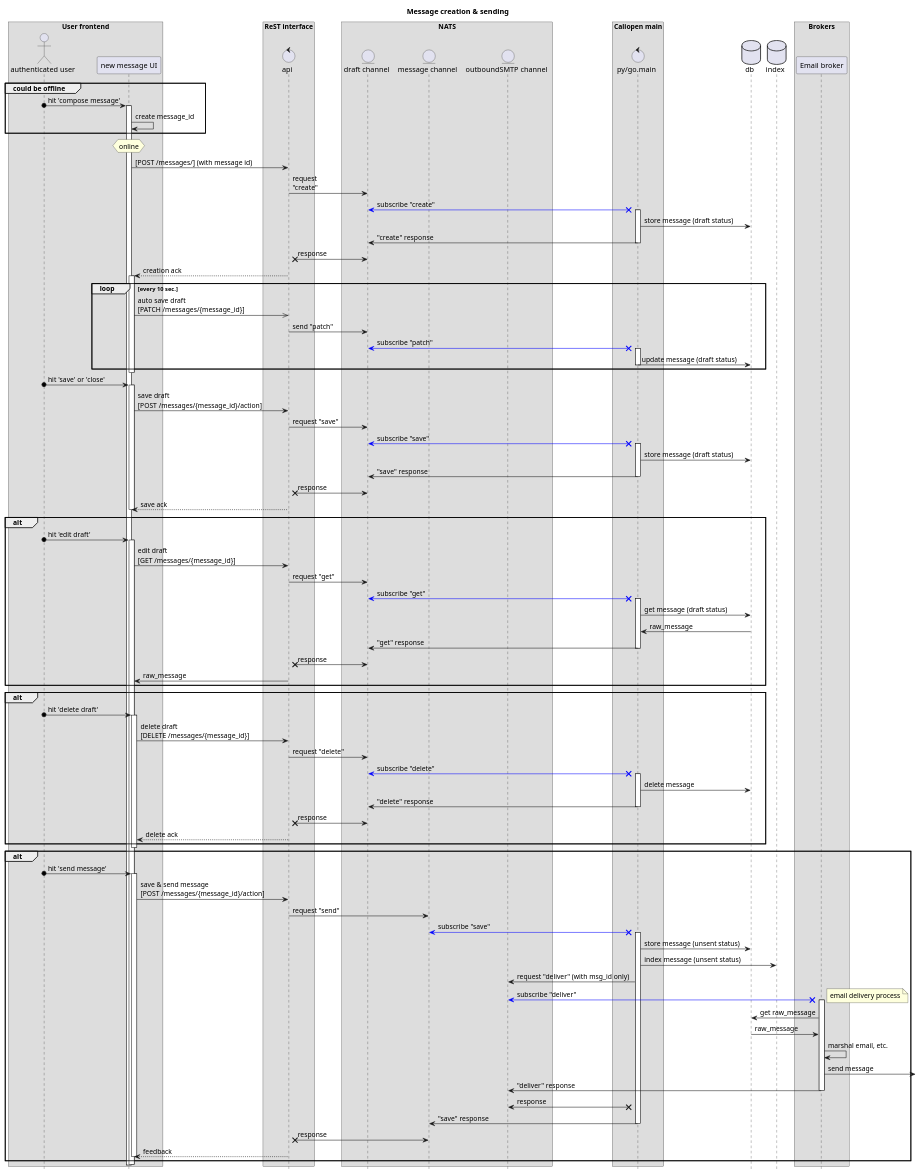
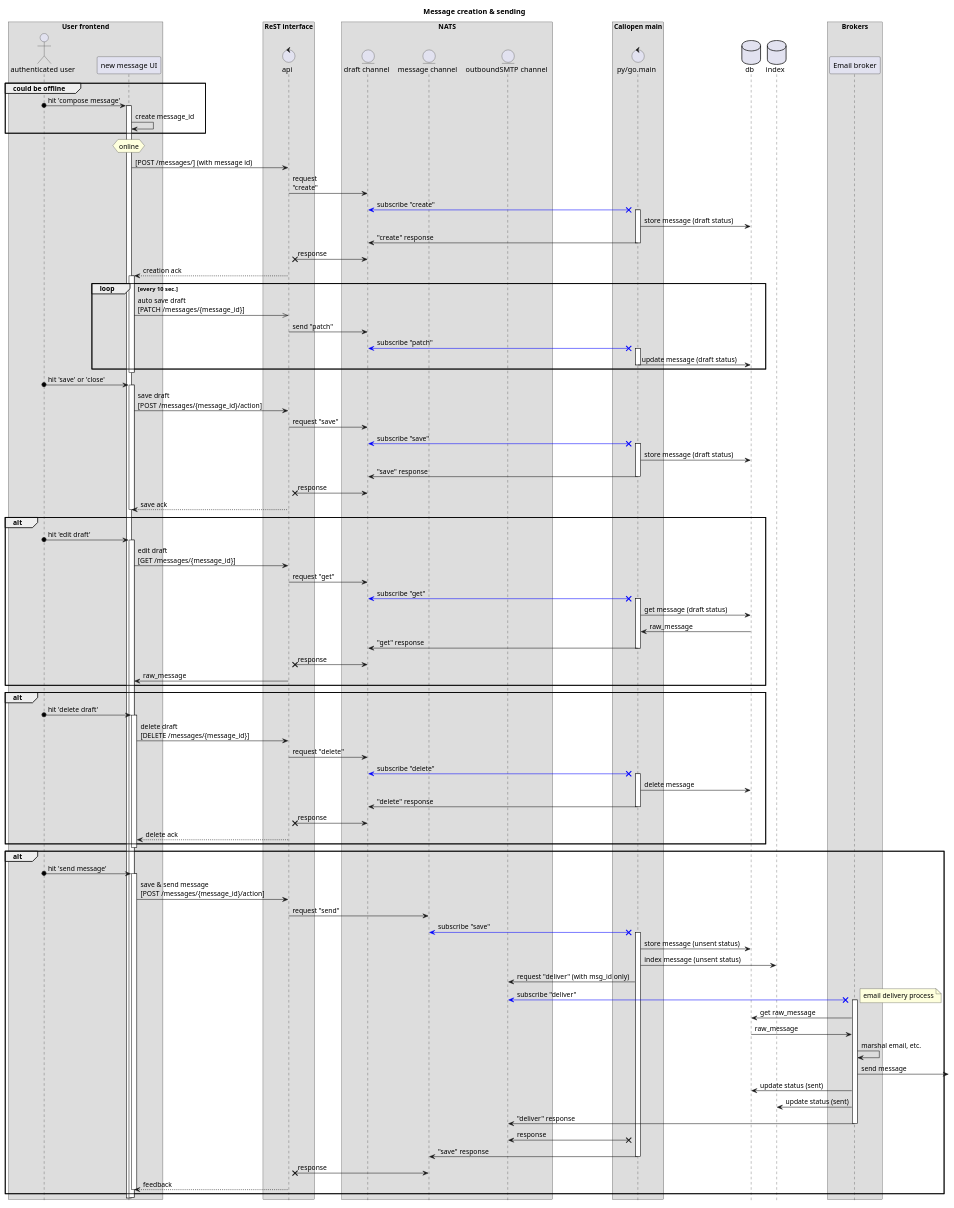
The diagram in doc/UML/message-create-save-send.puml (oricis/Caliopen), drawn with PlantUML before and after one commit. The commit also changed 35 other files, not shown here.

```diff
--- a/doc/UML/message-create-save-send.puml
+++ b/doc/UML/message-create-save-send.puml
@@ -1,116 +1,118 @@
 @startuml
 hide footbox
 title Message creation & sending
 box "User frontend"
 actor "authenticated user" as user
 participant "new message UI" as compose
 endbox
 box "ReST interface"
 control api
 endbox
 box "NATS"
 entity "draft channel" as draft
 entity "message channel" as message
 entity "outboundSMTP channel" as out
 endbox
 box "Caliopen main"
 control "py/go.main" as main
 endbox
 database db
 database index
 box "Brokers"
 participant "Email broker" as eb
 endbox
 group could be offline
 user o-> compose : hit 'compose message'
 activate compose
 compose -> compose : create message_id
 end
 hnote over compose : online
 compose -> api : [POST /messages/] (with message id)
 api -> draft: request\n"create"
 main x-[#0000FF]> draft: subscribe "create"
 activate main
 main -> db: store message (draft status)
 main -> draft: "create" response
 deactivate main
 api x-> draft: response
 api --> compose : creation ack
 activate compose
 loop every 10 sec.
 compose ->> api: auto save draft\n[PATCH /messages/{message_id}]
 api -> draft: send "patch"
 main x-[#0000FF]> draft: subscribe "patch"
 activate main
 main -> db: update message (draft status)
 deactivate main
 end
 deactivate compose
 user o-> compose : hit 'save' or 'close'
 activate compose
 compose -> api : save draft\n[POST /messages/{message_id}/action]
 api -> draft: request "save"
 main x-[#0000FF]> draft: subscribe "save"
 activate main
 main -> db: store message (draft status)
 main -> draft: "save" response
 deactivate main
 api x-> draft: response
 api --> compose : save ack
 deactivate compose
 alt
 user o-> compose: hit 'edit draft'
 activate compose
 compose -> api : edit draft\n[GET /messages/{message_id}]
 api -> draft: request "get"
 main x-[#0000FF]> draft: subscribe "get"
 activate main
 main -> db: get message (draft status)
 db -> main: raw_message
 main -> draft: "get" response
 deactivate main
 api x-> draft: response
 api -> compose : raw_message
 end
 alt
 user o-> compose: hit 'delete draft'
 activate compose
 compose -> api : delete draft\n[DELETE /messages/{message_id}]
 api -> draft: request "delete"
 main x-[#0000FF]> draft: subscribe "delete"
 activate main
 main -> db: delete message
 main -> draft: "delete" response
 deactivate main
 api x-> draft: response
 api --> compose : delete ack
 end
 deactivate compose
 alt
 user o-> compose : hit 'send message'
 activate compose
 compose -> api: save & send message\n[POST /messages/{message_id}/action]
 api -> message: request "send"
 main x-[#0000FF]> message: subscribe "save"
 activate main
 main -> db: store message (unsent status)
 main -> index: index message (unsent status)
 main -> out: request "deliver" (with msg_id only)
 eb x-[#0000FF]> out: subscribe "deliver"
 activate eb
 note right: email delivery process
 eb -> db : get raw_message
 db -> eb : raw_message
 eb -> eb : marshal email, etc.
 eb ->] : send message
+eb -> db : update status (sent)
+eb -> index : update status (sent)
 eb -> out: "deliver" response
 deactivate eb
 main x-> out: response
 main -> message: "save" response
 deactivate main
 api x-> message: response
 api --> compose : feedback
 deactivate compose
 end
 deactivate compose
 @enduml
```
